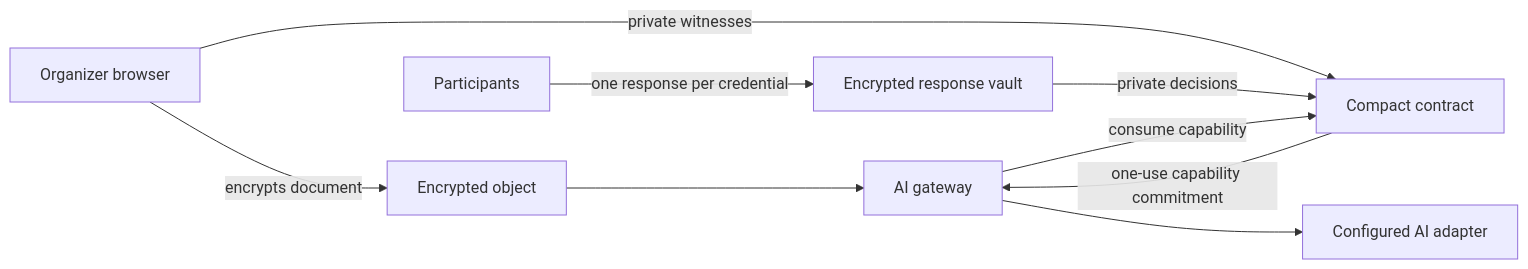
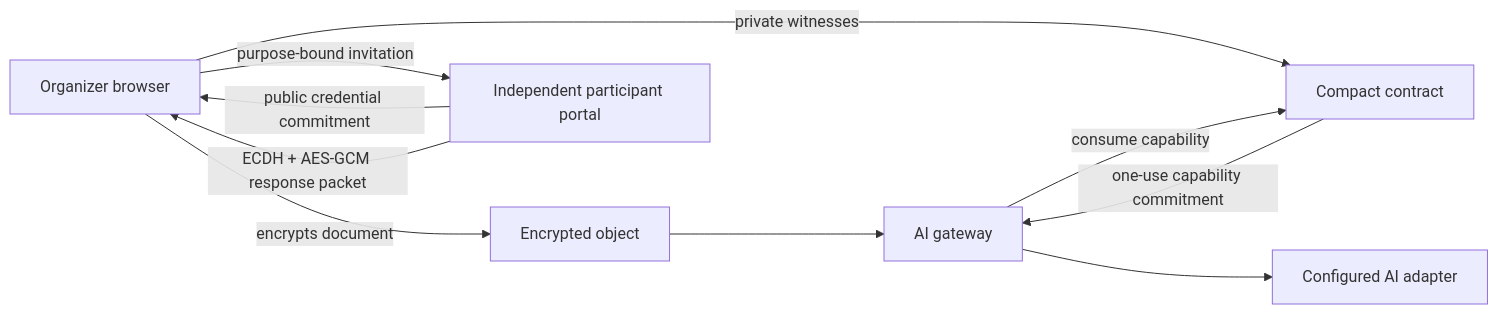
One commit to daveaire/veil-consent changed the diagram in ARCHITECTURE.md. Above: the diagram before and after it, drawn with Mermaid. The commit also changed other lines of this file and 11 other files, not shown here.

````diff
--- a/ARCHITECTURE.md
+++ b/ARCHITECTURE.md
@@ -5,11 +5,12 @@
 ```mermaid
 flowchart LR
   O[Organizer browser] -->|encrypts document| E[Encrypted object]
   O -->|private witnesses| C[Compact contract]
-  P[Participants] -->|one response per credential| V[Encrypted response vault]
-  V -->|private decisions| C
+  P[Independent participant portal] -->|public credential commitment| O
+  O -->|purpose-bound invitation| P
+  P -->|ECDH + AES-GCM response packet| O
   C -->|one-use capability commitment| G[AI gateway]
   E --> G
   G -->|consume capability| C
   G --> A[Configured AI adapter]
 ```
````
